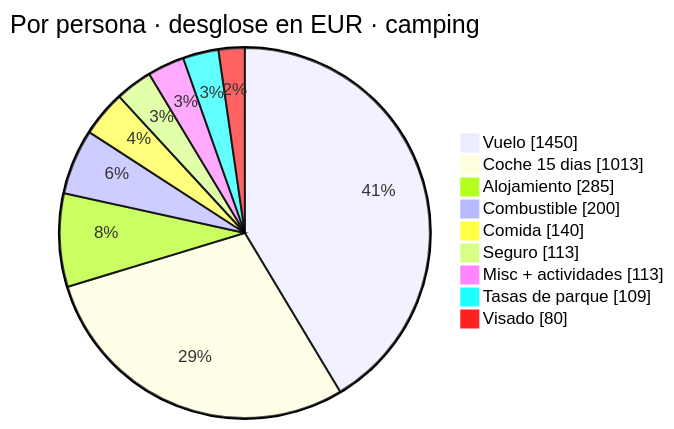
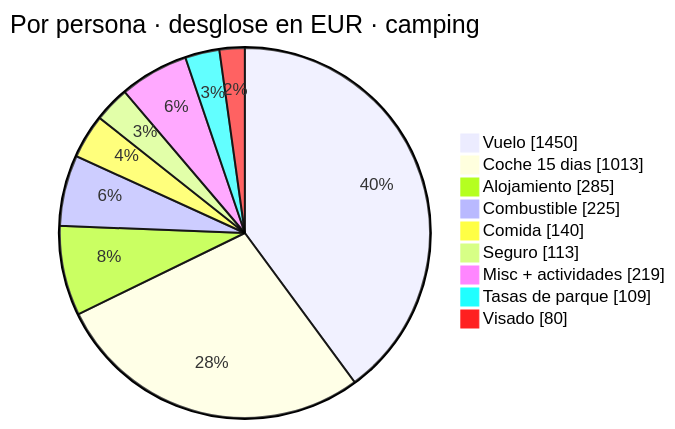
The third of 6 diagrams in README.md (morandeirachema/namibia), drawn with Mermaid before and after one commit. The commit also changed other lines of this file and 16 other files, not shown here.

````diff
--- a/README.md
+++ b/README.md
@@ -313,13 +315,13 @@
 ```mermaid
 pie showData
     title Por persona · desglose en EUR · camping
     "Vuelo" : 1450
     "Coche 15 dias" : 1013
     "Alojamiento" : 285
-    "Combustible" : 200
+    "Combustible" : 225
     "Comida" : 140
     "Seguro" : 113
-    "Misc + actividades" : 113
+    "Misc + actividades" : 219
     "Tasas de parque" : 109
     "Visado" : 80
 ```
````
